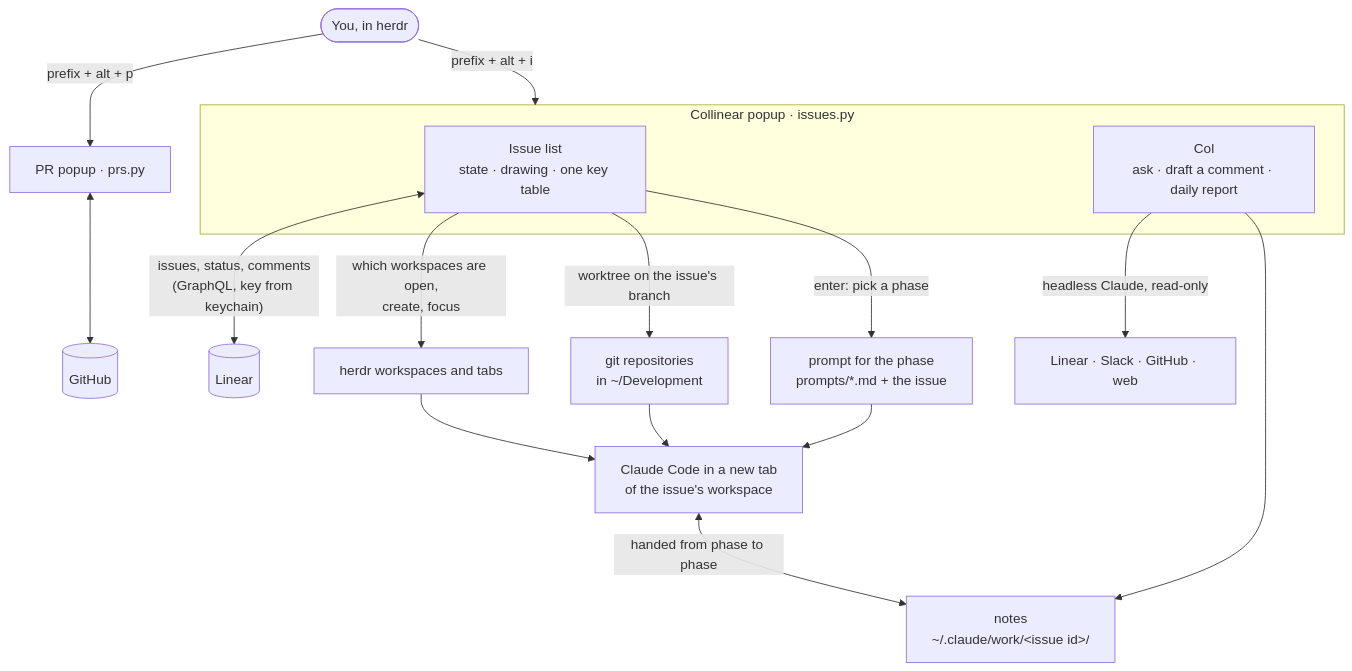
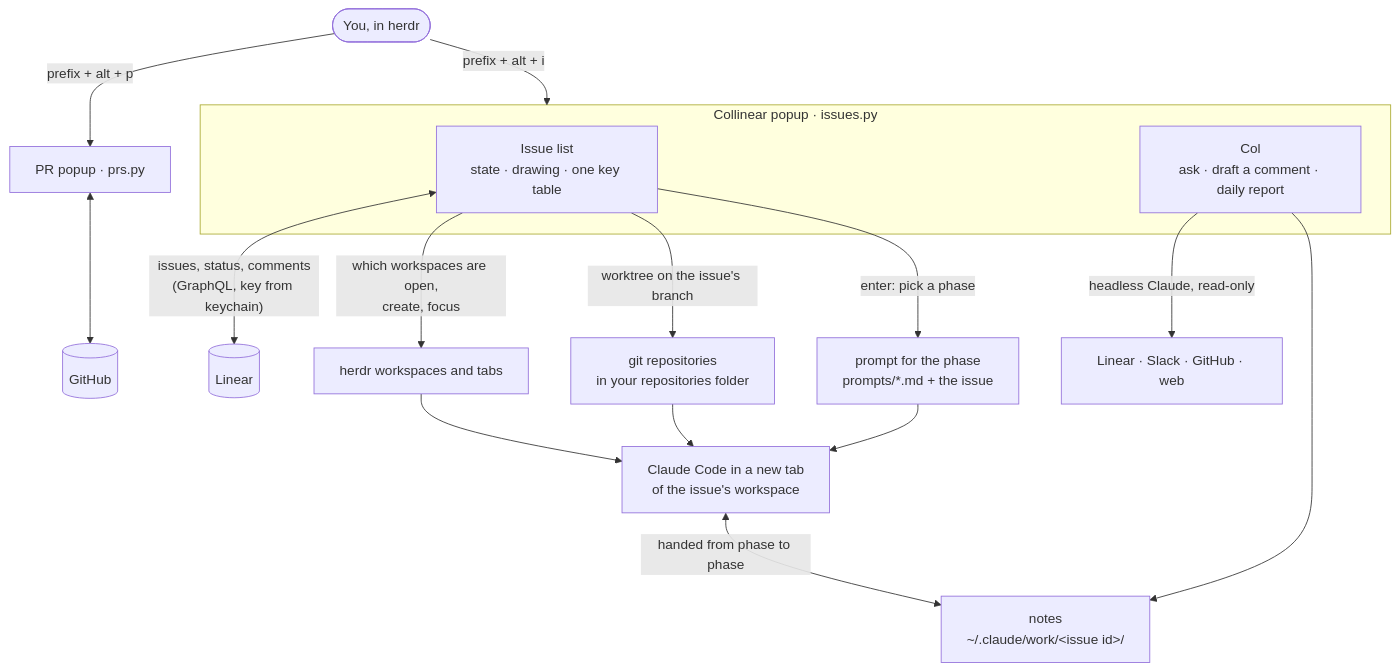
One commit to eriksalsborn/collinear changed the diagram in README.md. Above: the diagram before and after it, drawn with Mermaid. The commit also changed other lines of this file and 6 other files, not shown here.

First line of the commit message:
feat: the repositories folder is a setting, and setup checks it

````diff
--- a/README.md
+++ b/README.md
@@ -98,25 +104,25 @@
 ```mermaid
 flowchart TD
     you([You, in herdr]) -- "prefix + alt + i" --> popup
 
     subgraph popup["Collinear popup · issues.py"]
         list["Issue list<br/>state · drawing · one key table"]
         col["Col<br/>ask · draft a comment · daily report"]
     end
 
     list <-- "issues, status, comments<br/>(GraphQL, key from keychain)" --> linear[(Linear)]
     list -- "which workspaces are open,<br/>create, focus" --> herdr["herdr workspaces and tabs"]
-    list -- "worktree on the issue's branch" --> git["git repositories<br/>in ~/Development"]
+    list -- "worktree on the issue's branch" --> git["git repositories<br/>in your repositories folder"]
     list -- "enter: pick a phase" --> prompt["prompt for the phase<br/>prompts/*.md + the issue"]
 
     prompt --> session["Claude Code in a new tab<br/>of the issue's workspace"]
     herdr --> session
     git --> session
     session <-- "handed from phase to phase" --> notes["notes<br/>~/.claude/work/&lt;issue id&gt;/"]
 
     col -- "headless Claude, read-only" --> sources["Linear · Slack · GitHub · web"]
     col --> notes
 
     you -- "prefix + alt + p" --> prs["PR popup · prs.py"]
     prs <--> github[(GitHub)]
 ```
````
